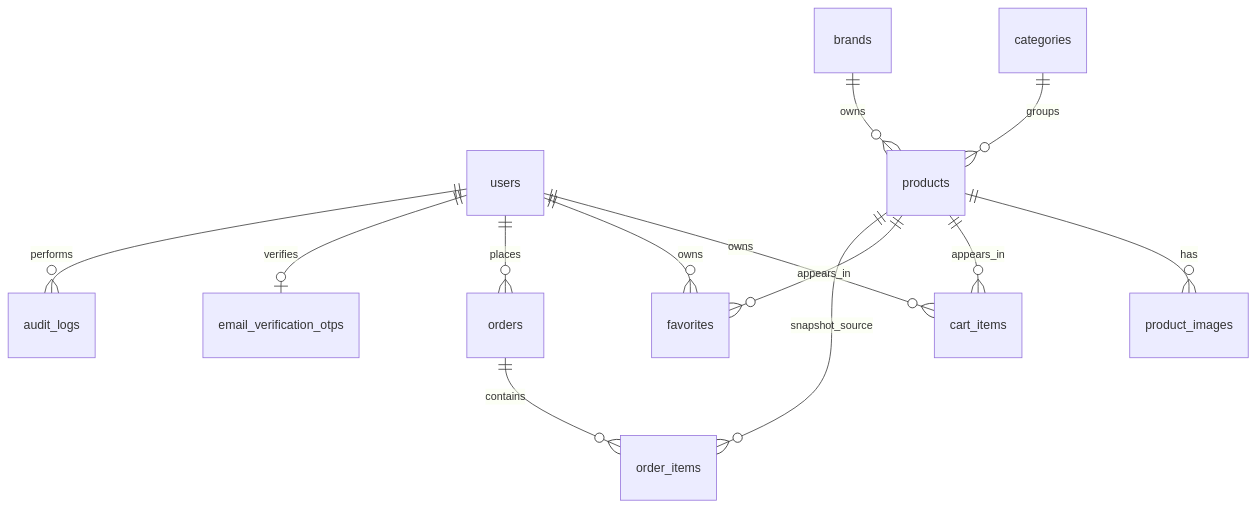
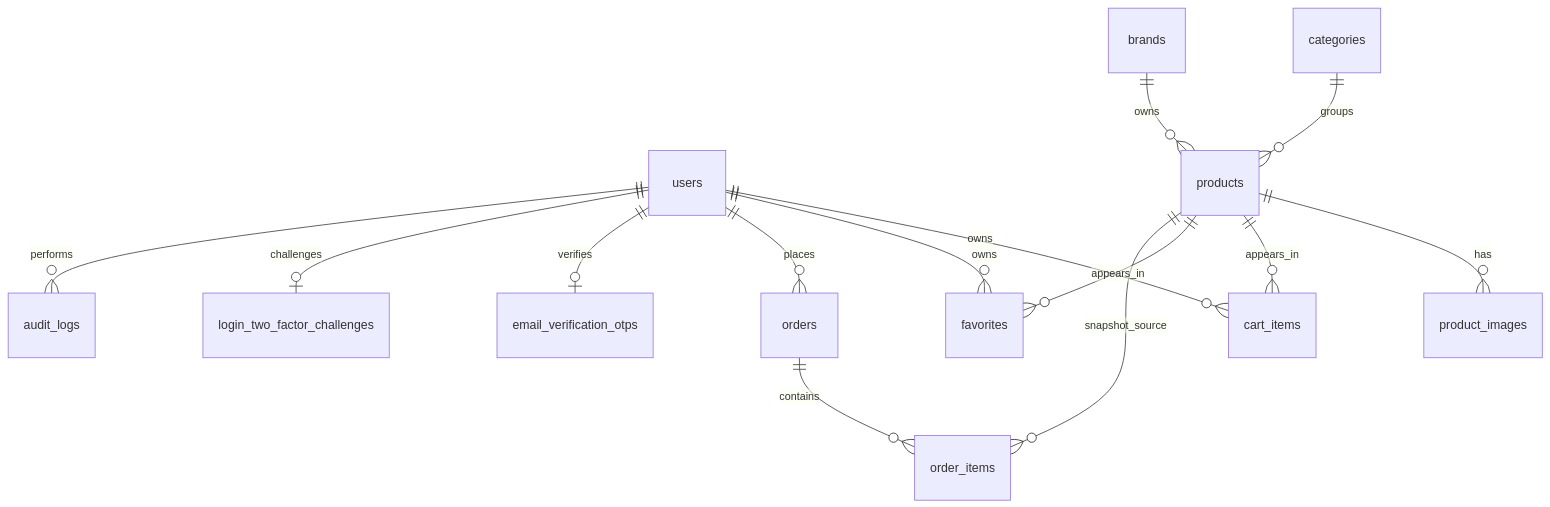
The diagram in docs/DATABASE.md (vesaaas/lumina-beauty), drawn with Mermaid before and after one commit. The commit also changed other lines of this file and 61 other files, not shown here.

Commit message:
Complete secure authentication and checkout verification flows

````diff
--- a/docs/DATABASE.md
+++ b/docs/DATABASE.md
@@ -7,15 +7,16 @@
 ```mermaid
 erDiagram
     users ||--o{ cart_items : owns
     users ||--o{ favorites : owns
     users ||--o{ orders : places
     users ||--o| email_verification_otps : verifies
+    users ||--o| login_two_factor_challenges : challenges
     users ||--o{ audit_logs : performs
     categories ||--o{ products : groups
     brands ||--o{ products : owns
     products ||--o{ product_images : has
     products ||--o{ cart_items : appears_in
     products ||--o{ favorites : appears_in
     products ||--o{ order_items : snapshot_source
     orders ||--o{ order_items : contains
 ```
````
